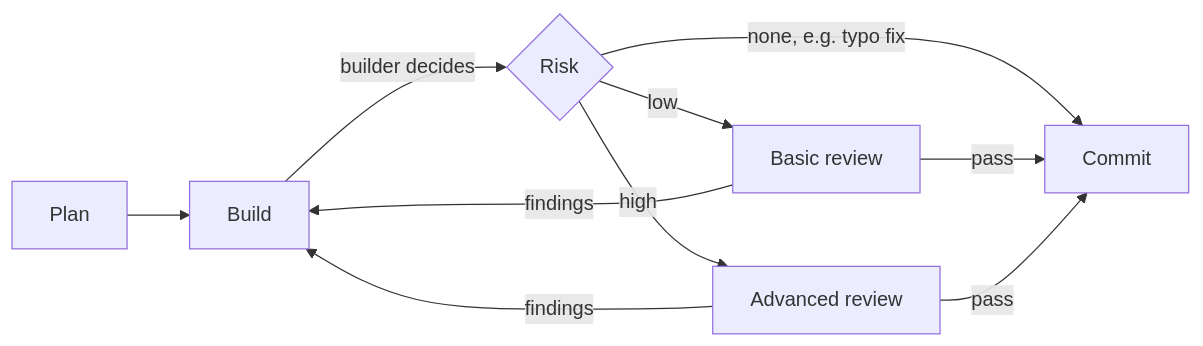
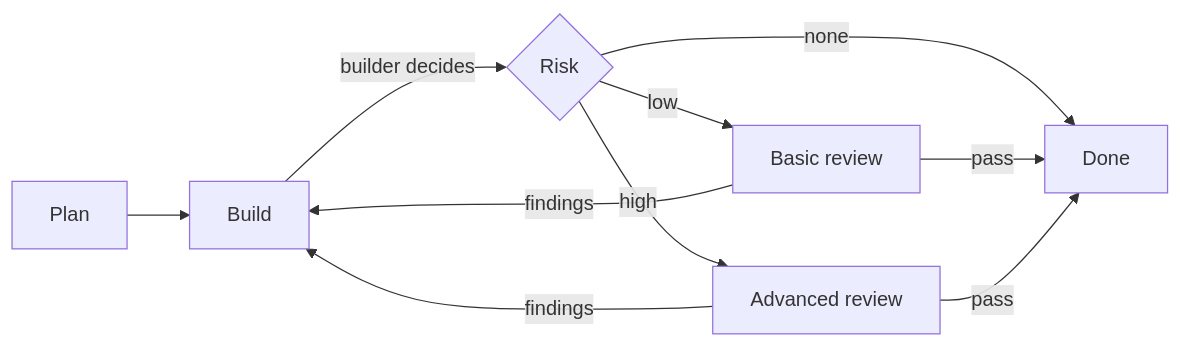
The diagram in docs/11-ai.md (FedericoGianni/docs), drawn with Mermaid before and after one commit.

Commit message:
docs: simplify OpenCode workflow labels

````diff
--- a/docs/11-ai.md
+++ b/docs/11-ai.md
@@ -28,12 +28,12 @@
 ```mermaid
 flowchart LR
     PLAN["Plan"] --> BUILD["Build"]
     BUILD -->|"builder decides"| RISK{"Risk"}
-    RISK -->|"none, e.g. typo fix"| DONE["Commit"]
+    RISK -->|"none"| DONE["Done"]
     RISK -->|"low"| BASIC["Basic review"]
     RISK -->|"high"| ADV["Advanced review"]
     BASIC -->|"findings"| BUILD
     ADV -->|"findings"| BUILD
     BASIC -->|"pass"| DONE
     ADV -->|"pass"| DONE
 ```
````
